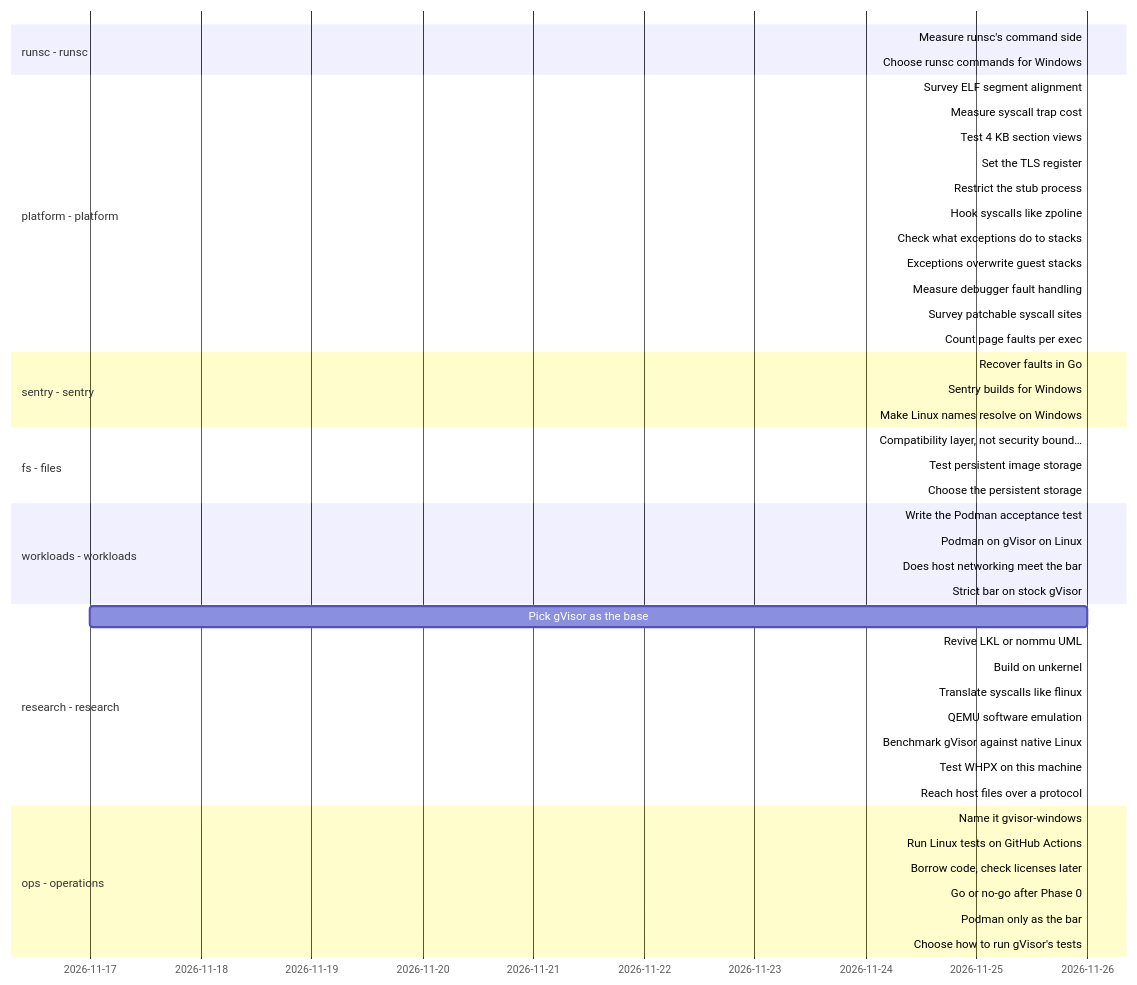
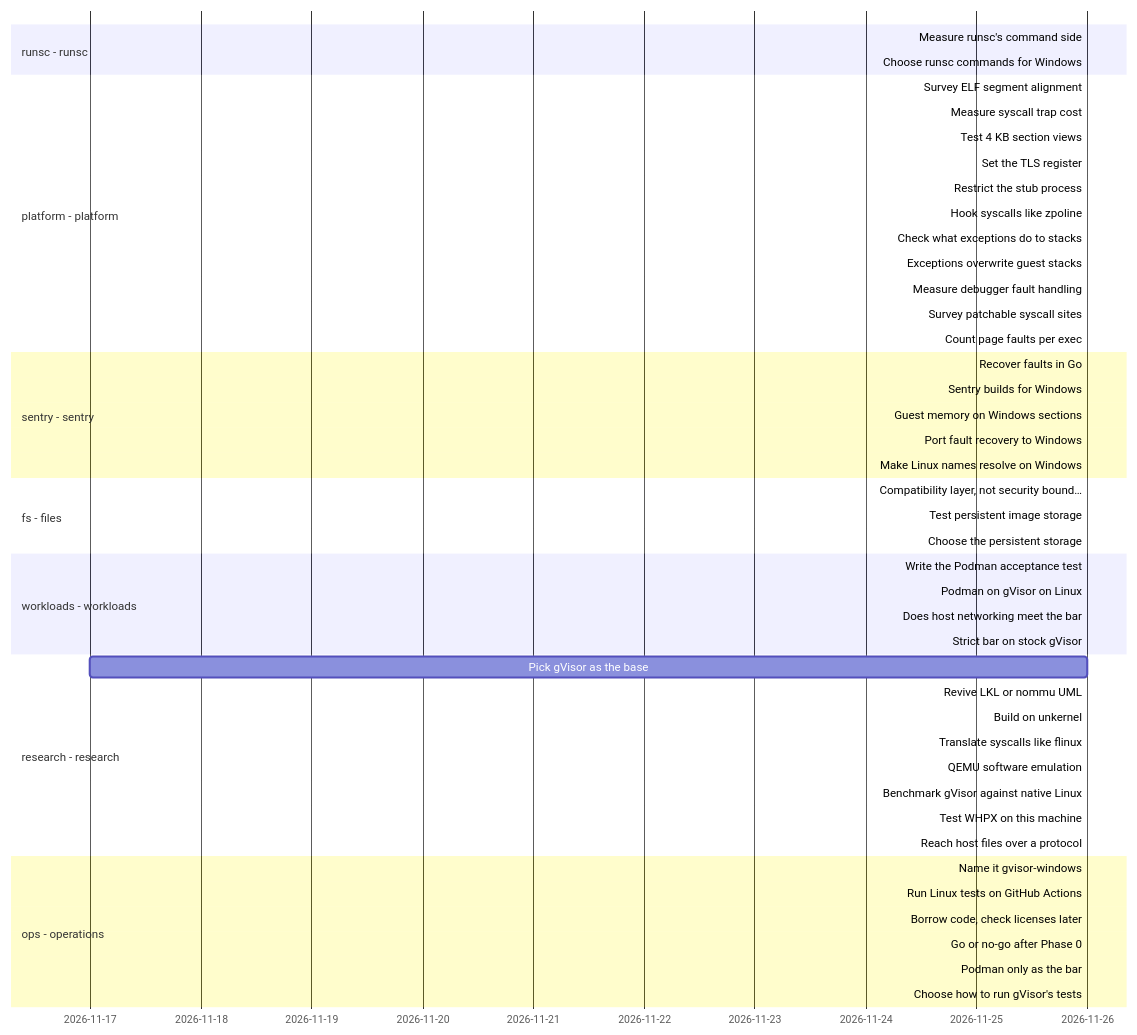
The diagram in docs/roadmap/timeline.md (lhns/gvisor-windows), drawn with Mermaid before and after one commit. The commit also changed other lines of this file and 5 other files, not shown here.

Commit message:
Record the Sentry host basics result (1b), ADR 0011, roadmap nodes

````diff
--- a/docs/roadmap/timeline.md
+++ b/docs/roadmap/timeline.md
@@ -10,49 +10,51 @@
 ```mermaid
 gantt
     dateFormat YYYY-MM-DD
     axisFormat %Y-%m-%d
     section runsc - runsc
     Measure runsc's command side :runsc_measure_cli, 2026-11-26, 2026-11-26
     Choose runsc commands for Windows :runsc_windows_commands, 2026-11-26, 2026-11-26
     section platform - platform
     Survey ELF segment alignment :platform_elf_alignment_survey, 2026-11-26, 2026-11-26
     Measure syscall trap cost :platform_trap_cost, 2026-11-26, 2026-11-26
     Test 4 KB section views :platform_4k_section_views, 2026-11-26, 2026-11-26
     Set the TLS register :platform_tls_register, 2026-11-26, 2026-11-26
     Restrict the stub process :platform_restricted_stub, 2026-11-26, 2026-11-26
     Hook syscalls like zpoline :crit, platform_zpoline_hooks, 2026-11-26, 2026-11-26
     Check what exceptions do to stacks :platform_exception_stack, 2026-11-26, 2026-11-26
     Exceptions overwrite guest stacks :platform_veh_on_guest_stack_unsafe, 2026-11-26, 2026-11-26
     Measure debugger fault handling :platform_debug_event_cost, 2026-11-26, 2026-11-26
     Survey patchable syscall sites :active, platform_syscall_site_survey, 2026-11-26, 2026-11-26
     Count page faults per exec :active, platform_faults_per_exec, 2026-11-26, 2026-11-26
     section sentry - sentry
     Recover faults in Go :sentry_go_fault_recovery, 2026-11-26, 2026-11-26
-    Sentry builds for Windows :active, sentry_windows_build, 2026-11-26, 2026-11-26
+    Sentry builds for Windows :sentry_windows_build, 2026-11-26, 2026-11-26
+    Guest memory on Windows sections :active, sentry_memory_file_sections, 2026-11-26, 2026-11-26
+    Port fault recovery to Windows :sentry_fault_recovery, 2026-11-26, 2026-11-26
     Make Linux names resolve on Windows :sentry_unix_shim, 2026-11-26, 2026-11-26
     section fs - files
     Compatibility layer, not security bound… :fs_compat_layer_not_boundary, 2026-11-26, 2026-11-26
     Test persistent image storage :fs_persistent_image_storage, 2026-11-26, 2026-11-26
     Choose the persistent storage :fs_persistent_storage_choice, 2026-11-26, 2026-11-26
     section workloads - workloads
     Write the Podman acceptance test :workloads_acceptance_test, 2026-11-26, 2026-11-26
     Podman on gVisor on Linux :workloads_podman_on_gvisor_linux, 2026-11-26, 2026-11-26
     Does host networking meet the bar :workloads_bar_host_network, 2026-11-26, 2026-11-26
     Strict bar on stock gVisor :active, workloads_strict_bar_linux, 2026-11-26, 2026-11-26
     section research - research
     Pick gVisor as the base :research_gvisor_base, 2026-11-17, 2026-11-26
     Revive LKL or nommu UML :crit, research_lkl_nommu, 2026-11-26, 2026-11-26
     Build on unkernel :crit, research_unkernel, 2026-11-26, 2026-11-26
     Translate syscalls like flinux :crit, research_flinux_translation, 2026-11-26, 2026-11-26
     QEMU software emulation :crit, research_qemu_emulation, 2026-11-26, 2026-11-26
     Benchmark gVisor against native Linux :research_gvisor_benchmark, 2026-11-26, 2026-11-26
     Test WHPX on this machine :crit, research_whpx_this_machine, 2026-11-26, 2026-11-26
     Reach host files over a protocol :crit, research_file_protocol, 2026-11-26, 2026-11-26
     section ops - operations
     Name it gvisor-windows :ops_name_and_fork, 2026-11-26, 2026-11-26
     Run Linux tests on GitHub Actions :ops_linux_tests_on_actions, 2026-11-26, 2026-11-26
     Borrow code, check licenses later :ops_borrow_code, 2026-11-26, 2026-11-26
     Go or no-go after Phase 0 :ops_phase0_go_no_go, 2026-11-26, 2026-11-26
     Podman only as the bar :ops_podman_only_the_bar, 2026-11-26, 2026-11-26
     Choose how to run gVisor's tests :ops_syscall_test_strategy, 2026-11-26, 2026-11-26
 ```
````
